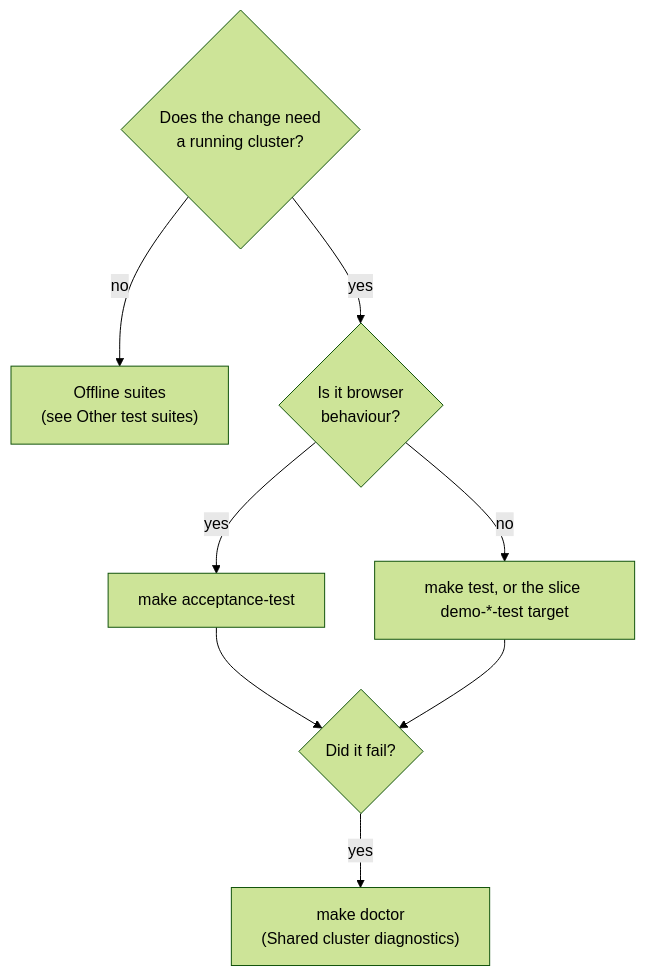
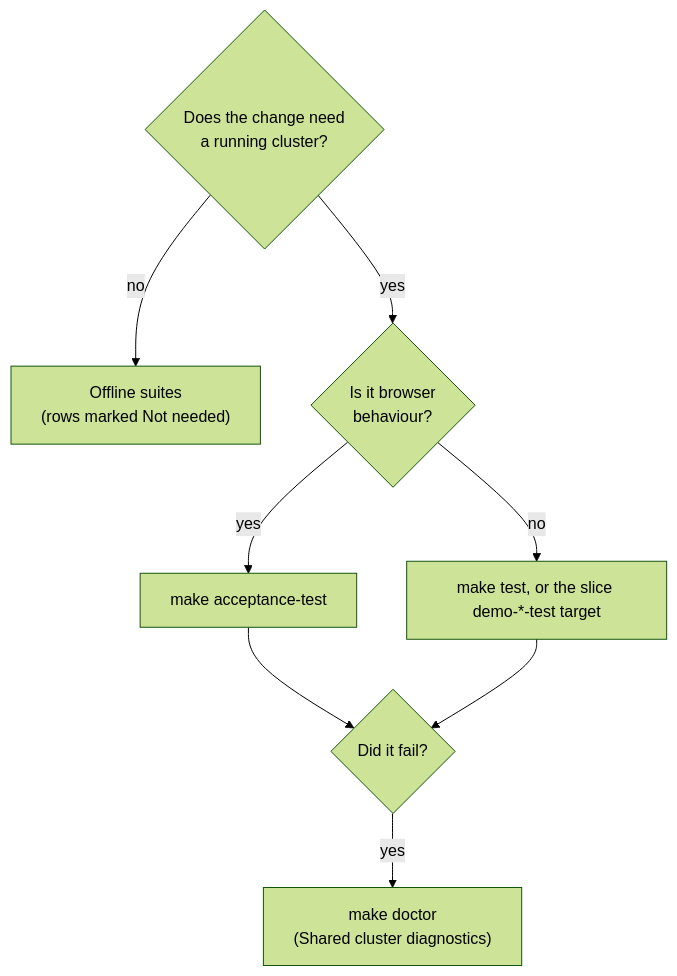
Before and after one commit to sublimino/architecture-as-code: the first of 2 diagrams in TESTING.md, drawn with Mermaid (forest theme). The commit also changed other lines of this file and 46 other files, not shown here.

````diff
--- a/TESTING.md
+++ b/TESTING.md
@@ -13,11 +13,11 @@
 ```mermaid
 flowchart TB
   Q1{"Does the change need<br/>a running cluster?"}
-  Q1 -- no --> OFF["Offline suites<br/>(see Other test suites)"]
+  Q1 -- no --> OFF["Offline suites<br/>(rows marked Not needed)"]
   Q1 -- yes --> Q2{"Is it browser<br/>behaviour?"}
   Q2 -- yes --> ACC["make acceptance-test"]
   Q2 -- no --> E2E["make test, or the slice demo-*-test target"]
   ACC --> FAIL{"Did it fail?"}
   E2E --> FAIL
   FAIL -- yes --> DOC["make doctor<br/>(Shared cluster diagnostics)"]
 ```
````
